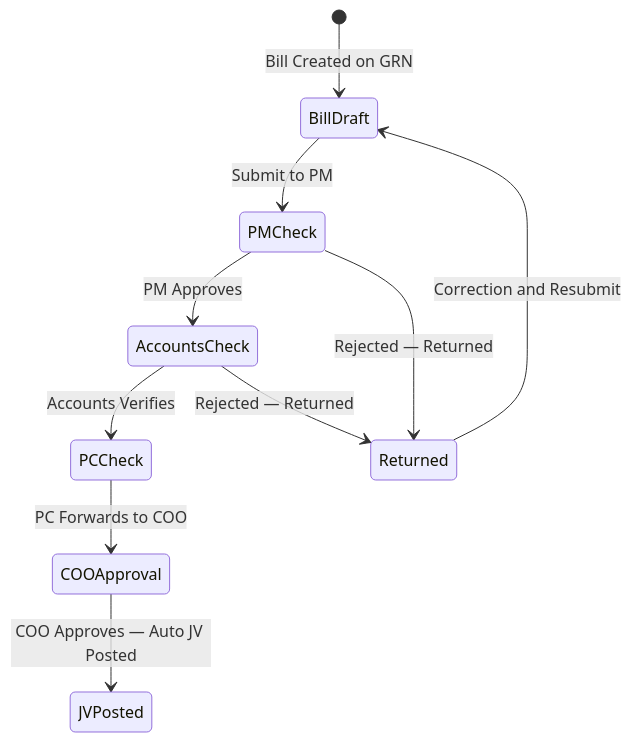
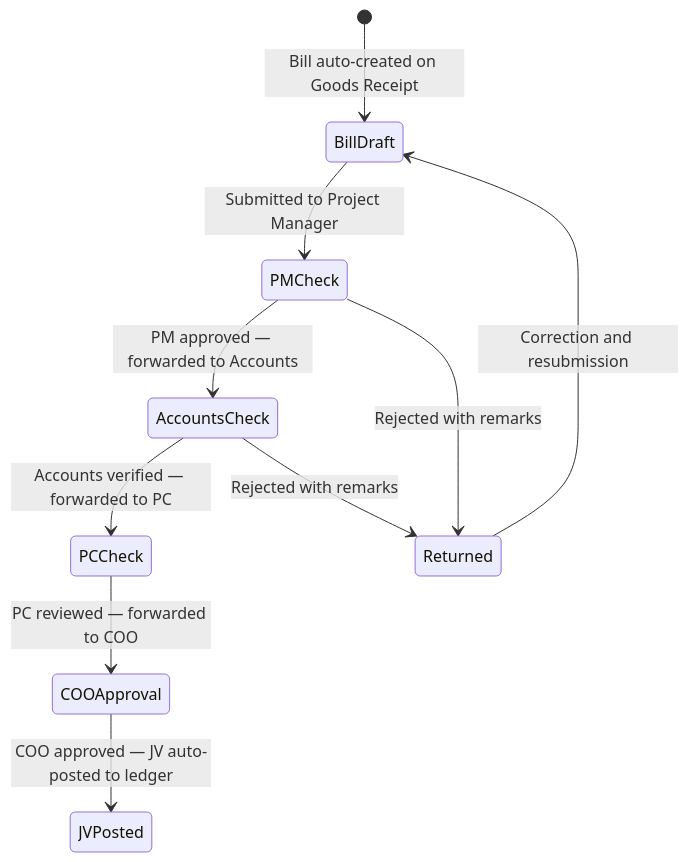
The third of 4 diagrams in README.md (ShakhawatSakib9/Constrcution_MIS), drawn with Mermaid before and after one commit. The commit also changed other lines of this file, not shown here.

````diff
--- a/README.md
+++ b/README.md
@@ -197,12 +187,12 @@
 ```mermaid
 stateDiagram-v2
-    [*] --> BillDraft: Bill Created on GRN
-    BillDraft --> PMCheck: Submit to PM
-    PMCheck --> AccountsCheck: PM Approves
-    AccountsCheck --> PCCheck: Accounts Verifies
-    PCCheck --> COOApproval: PC Forwards to COO
-    COOApproval --> JVPosted: COO Approves — Auto JV Posted
-    PMCheck --> Returned: Rejected — Returned
-    AccountsCheck --> Returned: Rejected — Returned
-    Returned --> BillDraft: Correction and Resubmit
+    [*] --> BillDraft: Bill auto-created on Goods Receipt
+    BillDraft --> PMCheck: Submitted to Project Manager
+    PMCheck --> AccountsCheck: PM approved — forwarded to Accounts
+    AccountsCheck --> PCCheck: Accounts verified — forwarded to PC
+    PCCheck --> COOApproval: PC reviewed — forwarded to COO
+    COOApproval --> JVPosted: COO approved — JV auto-posted to ledger
+    PMCheck --> Returned: Rejected with remarks
+    AccountsCheck --> Returned: Rejected with remarks
+    Returned --> BillDraft: Correction and resubmission
 ```
````
